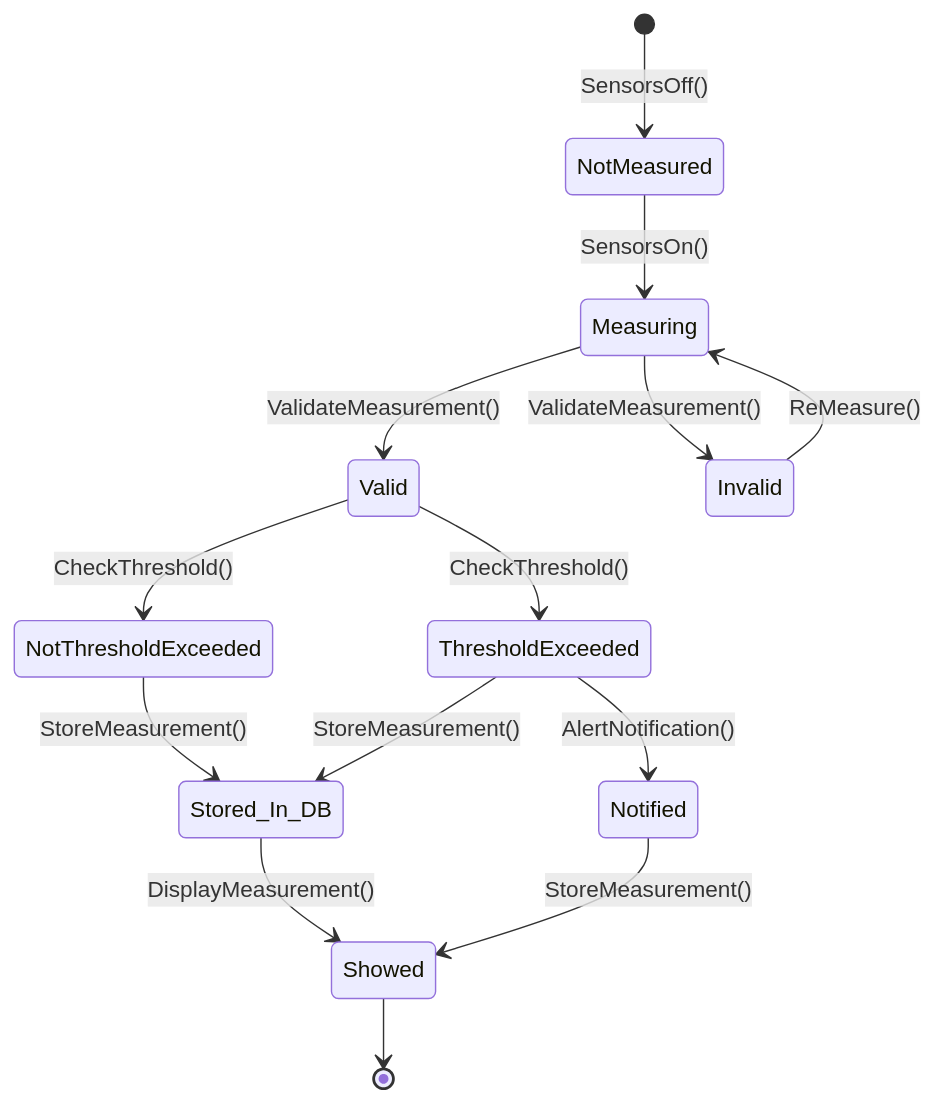
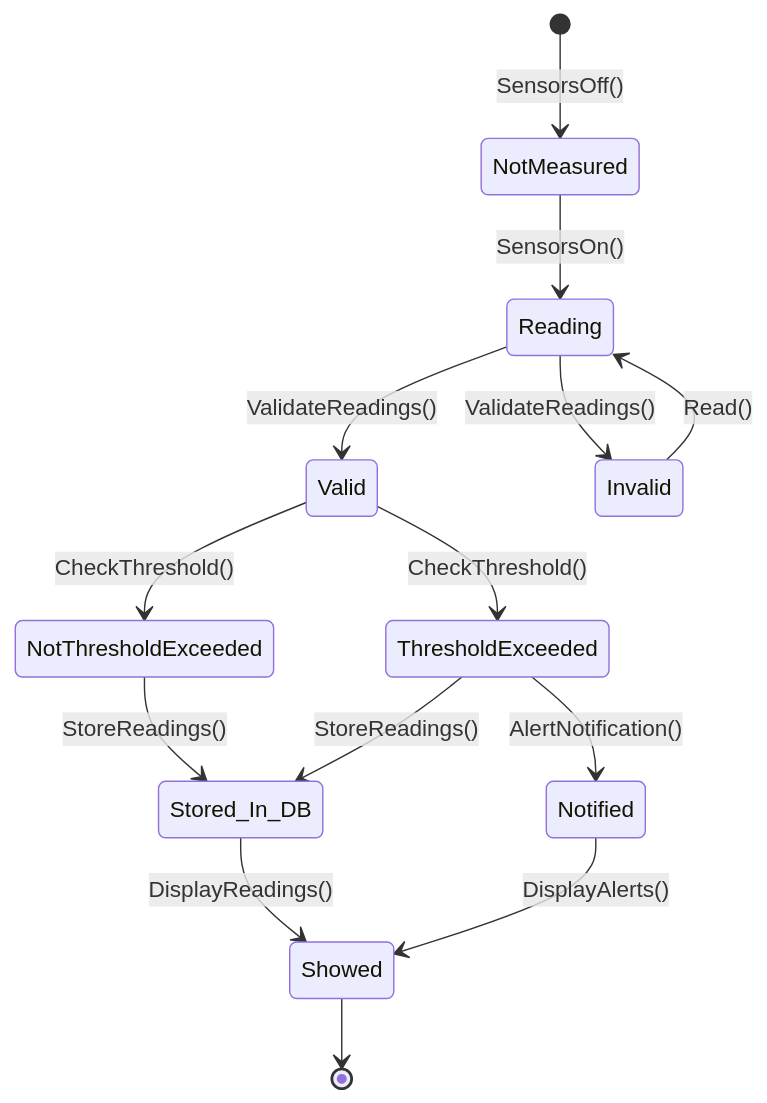
Before and after one commit to AbdullahMahmoud206/SWE_Project: the diagram in Diagrams/State_Diagram.md, drawn with Mermaid. The commit also changed other lines of this file and 1 other file, not shown here.

Commit message:
Updating Activity Diagrams and adding more diagrams

````diff
--- a/Diagrams/State_Diagram.md
+++ b/Diagrams/State_Diagram.md
@@ -5,22 +5,22 @@
 ```mermaid
 stateDiagram-v2
 
     [*] --> NotMeasured : SensorsOff() 
 
-    NotMeasured --> Measuring : SensorsOn()
+    NotMeasured --> Reading : SensorsOn()
 
-    Measuring --> Valid : ValidateMeasurement()
-    Measuring --> Invalid : ValidateMeasurement()
-    Invalid --> Measuring : ReMeasure()
+    Reading --> Valid : ValidateReadings()
+    Reading --> Invalid : ValidateReadings()
+    Invalid --> Reading : Read()
 
     Valid --> NotThresholdExceeded : CheckThreshold()
     Valid --> ThresholdExceeded : CheckThreshold()
 
-    NotThresholdExceeded --> Stored_In_DB : StoreMeasurement()
-    Stored_In_DB --> Showed : DisplayMeasurement()
+    NotThresholdExceeded --> Stored_In_DB : StoreReadings()
+    Stored_In_DB --> Showed : DisplayReadings()
 
     ThresholdExceeded --> Notified : AlertNotification()
-    ThresholdExceeded --> Stored_In_DB : StoreMeasurement()
-    Notified --> Showed : StoreMeasurement()
+    ThresholdExceeded --> Stored_In_DB : StoreReadings()
+    Notified --> Showed : DisplayAlerts()
     Showed --> [*]
 ```
````
